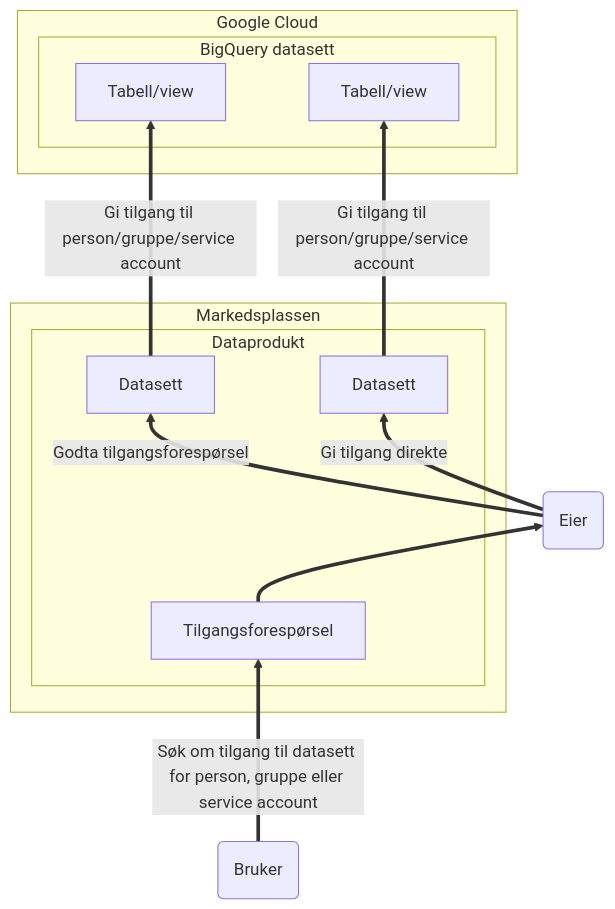
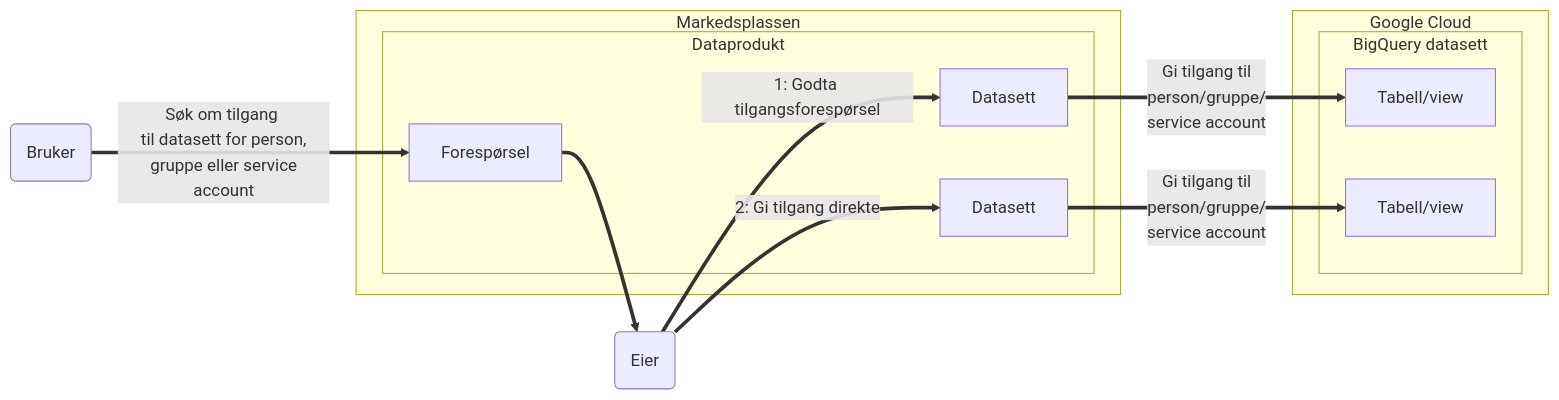
The diagram in docs/dataprodukter/tilgangsstyring.md (navikt/nada), drawn with Mermaid before and after one commit.

Commit message:
Flippet figur som viser tilgangsstyring til å vise flyt fra venstre til høyre

````diff
--- a/docs/dataprodukter/tilgangsstyring.md
+++ b/docs/dataprodukter/tilgangsstyring.md
@@ -70,24 +70,24 @@
 ```mermaid
-graph BT;
+graph LR;
     user(Bruker)
     eier(Eier)
-    user=="Søk om tilgang til datasett for person, gruppe eller service account"==>tf
-    eier=="Godta tilgangsforespørsel"==>ds1
-    eier=="Gi tilgang direkte"==>ds2
+    user=="Søk om tilgang <br> til datasett for person, <br> gruppe eller service account"==>tf
+    eier=="1: Godta tilgangsforespørsel"==>ds1
+    eier=="2: Gi tilgang direkte"==>ds2
     tf==>eier
     subgraph "Markedsplassen"
         subgraph "Dataprodukt"
-            tf[Tilgangsforespørsel]
+            tf[Forespørsel]
             ds1[Datasett]
             ds2[Datasett]
         end
     end
     subgraph "Google Cloud"
         subgraph "BigQuery datasett"
             t1[Tabell/view]
             t2[Tabell/view]
-            ds1=="Gi tilgang til person/gruppe/service account"==>t1
-            ds2=="Gi tilgang til person/gruppe/service account"==>t2
+            ds1=="Gi tilgang til <br> person/gruppe/<br>service account"==>t1
+            ds2=="Gi tilgang til <br> person/gruppe/<br>service account"==>t2
         end
     end
 ```
````
